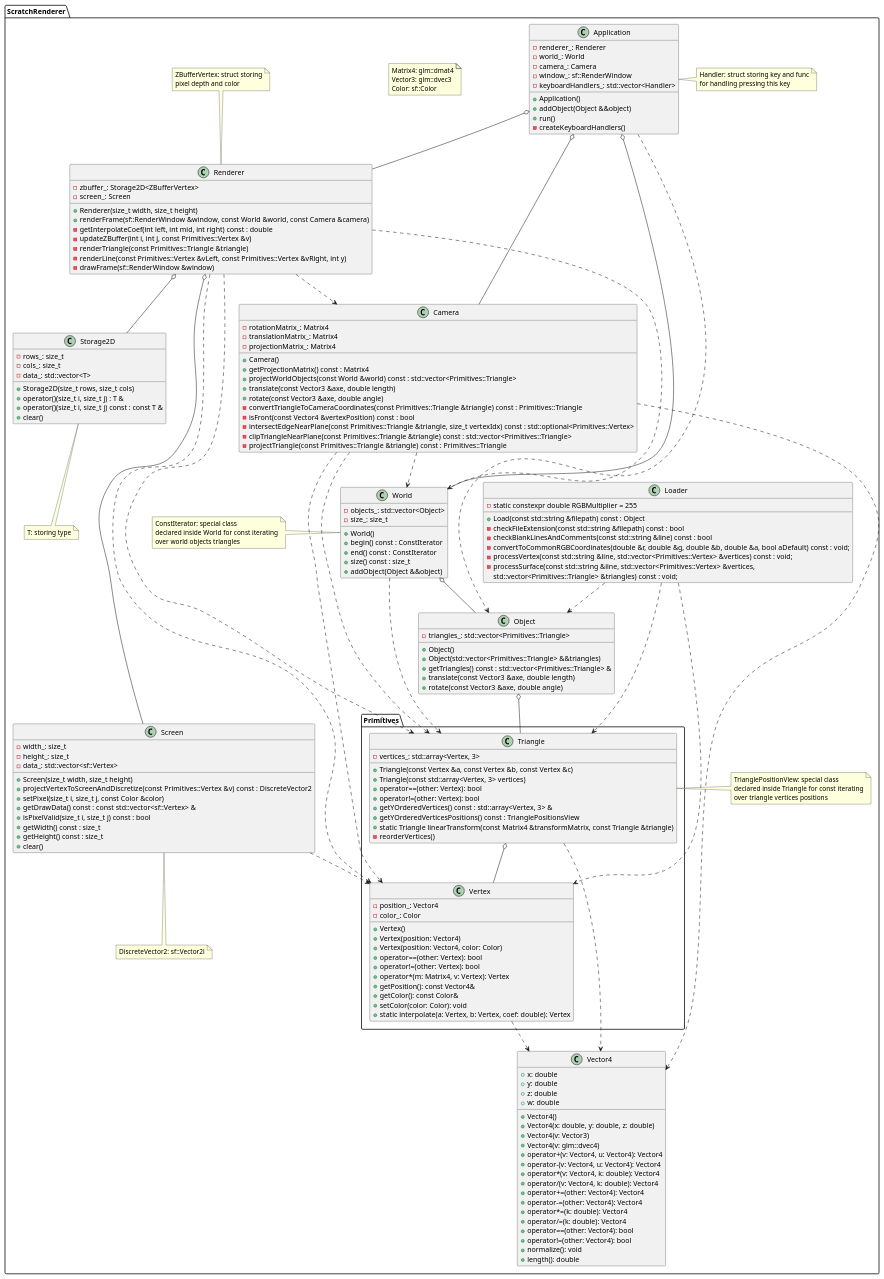
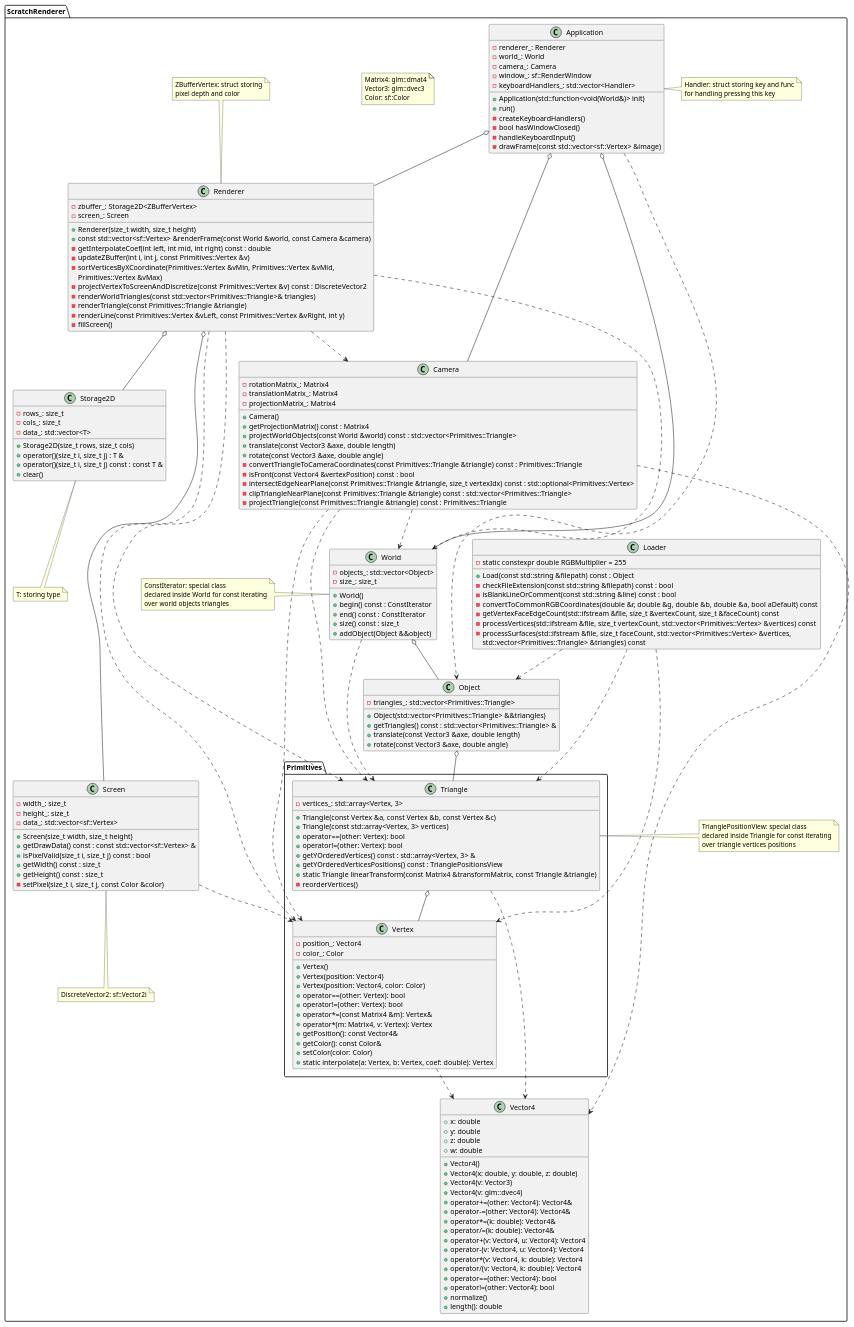
One commit to cutehater/3d-renderer changed the diagram in docs/class_diagram.puml. Above: the diagram before and after it, drawn with PlantUML. The commit also changed 33 other files, not shown here.

```diff
--- a/docs/class_diagram.puml
+++ b/docs/class_diagram.puml
@@ -2,51 +2,52 @@
 
 namespace ScratchRenderer {
     class Vector4 {
-        + x: double
-        + y: double
-        + z: double
-        + w: double
+        +x: double
+        +y: double
+        +z: double
+        +w: double
 
-        + Vector4()
-        + Vector4(x: double, y: double, z: double)
-        + Vector4(v: Vector3)
-        + Vector4(v: glm::dvec4)
-        + operator+(v: Vector4, u: Vector4): Vector4
-        + operator-(v: Vector4, u: Vector4): Vector4
-        + operator*(v: Vector4, k: double): Vector4
-        + operator/(v: Vector4, k: double): Vector4
-        + operator+=(other: Vector4): Vector4
-        + operator-=(other: Vector4): Vector4
-        + operator*=(k: double): Vector4
-        + operator/=(k: double): Vector4
-        + operator==(other: Vector4): bool
-        + operator!=(other: Vector4): bool
-        + normalize(): void
-        + length(): double
+        +Vector4()
+        +Vector4(x: double, y: double, z: double)
+        +Vector4(v: Vector3)
+        +Vector4(v: glm::dvec4)
+        +operator+=(other: Vector4): Vector4&
+        +operator-=(other: Vector4): Vector4&
+        +operator*=(k: double): Vector4&
+        +operator/=(k: double): Vector4&
+        +operator+(v: Vector4, u: Vector4): Vector4
+        +operator-(v: Vector4, u: Vector4): Vector4
+        +operator*(v: Vector4, k: double): Vector4
+        +operator/(v: Vector4, k: double): Vector4
+        +operator==(other: Vector4): bool
+        +operator!=(other: Vector4): bool
+        +normalize()
+        +length(): double
     }
 
     namespace Primitives {
         class Vertex {
-            - position_: Vector4
-            - color_: Color
+            -position_: Vector4
+            -color_: Color
 
-            + Vertex()
-            + Vertex(position: Vector4)
-            + Vertex(position: Vector4, color: Color)
-            + operator==(other: Vertex): bool
-            + operator!=(other: Vertex): bool
-            + operator*(m: Matrix4, v: Vertex): Vertex
-            + getPosition(): const Vector4&
-            + getColor(): const Color&
-            + setColor(color: Color): void
-            + static interpolate(a: Vertex, b: Vertex, coef: double): Vertex
+            +Vertex()
+            +Vertex(position: Vector4)
+            +Vertex(position: Vector4, color: Color)
+            +operator==(other: Vertex): bool
+            +operator!=(other: Vertex): bool
+            +operator*=(const Matrix4 &m): Vertex&
+            +operator*(m: Matrix4, v: Vertex): Vertex
+            +getPosition(): const Vector4&
+            +getColor(): const Color&
+            +setColor(color: Color)
+            +static interpolate(a: Vertex, b: Vertex, coef: double): Vertex
         }
 
         class Triangle {
             +Triangle(const Vertex &a, const Vertex &b, const Vertex &c)
             +Triangle(const std::array<Vertex, 3> vertices)
-            + operator==(other: Vertex): bool
-            + operator!=(other: Vertex): bool
+            +operator==(other: Vertex): bool
+            +operator!=(other: Vertex): bool
             +getYOrderedVertices() const : std::array<Vertex, 3> &
             +getYOrderedVerticesPositions() const : TrianglePositionsView
             +static Triangle linearTransform(const Matrix4 &transformMatrix, const Triangle &triangle)
@@ -56,7 +57,6 @@
     }
 
     class Object {
-        +Object()
         +Object(std::vector<Primitives::Triangle> &&triangles)
         +getTriangles() const : std::vector<Primitives::Triangle> &
         +translate(const Vector3 &axe, double length)
@@ -95,13 +95,11 @@
 
     class Screen {
         +Screen(size_t width, size_t height)
-        +projectVertexToScreenAndDiscretize(const Primitives::Vertex &v) const : DiscreteVector2
-        +setPixel(size_t i, size_t j, const Color &color)
         +getDrawData() const : const std::vector<sf::Vertex> &
         +isPixelValid(size_t i, size_t j) const : bool
         +getWidth() const : size_t
         +getHeight() const : size_t
-        +clear()
+        -setPixel(size_t i, size_t j, const Color &color)
 
         -width_: size_t
         -height_: size_t
@@ -113,11 +111,12 @@
 
         -static constexpr double RGBMultiplier = 255
         -checkFileExtension(const std::string &filepath) const : bool
-        -checkBlankLinesAndComments(const std::string &line) const : bool
-        -convertToCommonRGBCoordinates(double &r, double &g, double &b, double &a, bool aDefault) const : void;
-        -processVertex(const std::string &line, std::vector<Primitives::Vertex> &vertices) const : void;
-        -processSurface(const std::string &line, std::vector<Primitives::Vertex> &vertices,
-                        std::vector<Primitives::Triangle> &triangles) const : void;
+        -isBlankLineOrComment(const std::string &line) const : bool
+        -convertToCommonRGBCoordinates(double &r, double &g, double &b, double &a, bool aDefault) const
+        -getVertexFaceEdgeCount(std::ifstream &file, size_t &vertexCount, size_t &faceCount) const
+        -processVertices(std::ifstream &file, size_t vertexCount, std::vector<Primitives::Vertex> &vertices) const
+        -processSurfaces(std::ifstream &file, size_t faceCount, std::vector<Primitives::Vertex> &vertices,
+                        std::vector<Primitives::Triangle> &triangles) const
     }
 
     class Storage2D {
@@ -133,22 +132,29 @@
 
     class Renderer {
         +Renderer(size_t width, size_t height)
-        +renderFrame(sf::RenderWindow &window, const World &world, const Camera &camera)
+        +const std::vector<sf::Vertex> &renderFrame(const World &world, const Camera &camera)
         -getInterpolateCoef(int left, int mid, int right) const : double
         -updateZBuffer(int i, int j, const Primitives::Vertex &v)
+        -sortVerticesByXCoordinate(Primitives::Vertex &vMin, Primitives::Vertex &vMid,
+                                   Primitives::Vertex &vMax)
+        -projectVertexToScreenAndDiscretize(const Primitives::Vertex &v) const : DiscreteVector2
+        -renderWorldTriangles(const std::vector<Primitives::Triangle>& triangles)
         -renderTriangle(const Primitives::Triangle &triangle)
         -renderLine(const Primitives::Vertex &vLeft, const Primitives::Vertex &vRight, int y)
-        -drawFrame(sf::RenderWindow &window)
+        -fillScreen()
 
         -zbuffer_: Storage2D<ZBufferVertex>
         -screen_: Screen
     }
 
     class Application {
-        +Application()
-        +addObject(Object &&object)
+        +Application(std::function<void(World&)> init)
         +run()
         -createKeyboardHandlers()
+        -bool hasWindowClosed()
+        -handleKeyboardInput()
+        -drawFrame(const std::vector<sf::Vertex> &image)
+
         -renderer_: Renderer
         -world_: World
         -camera_: Camera
```
